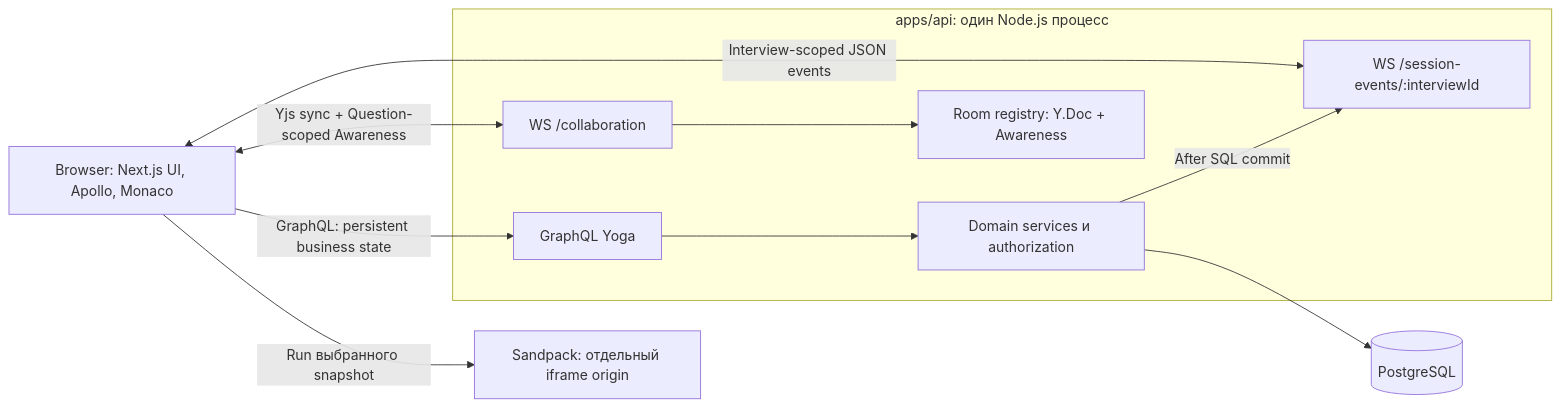
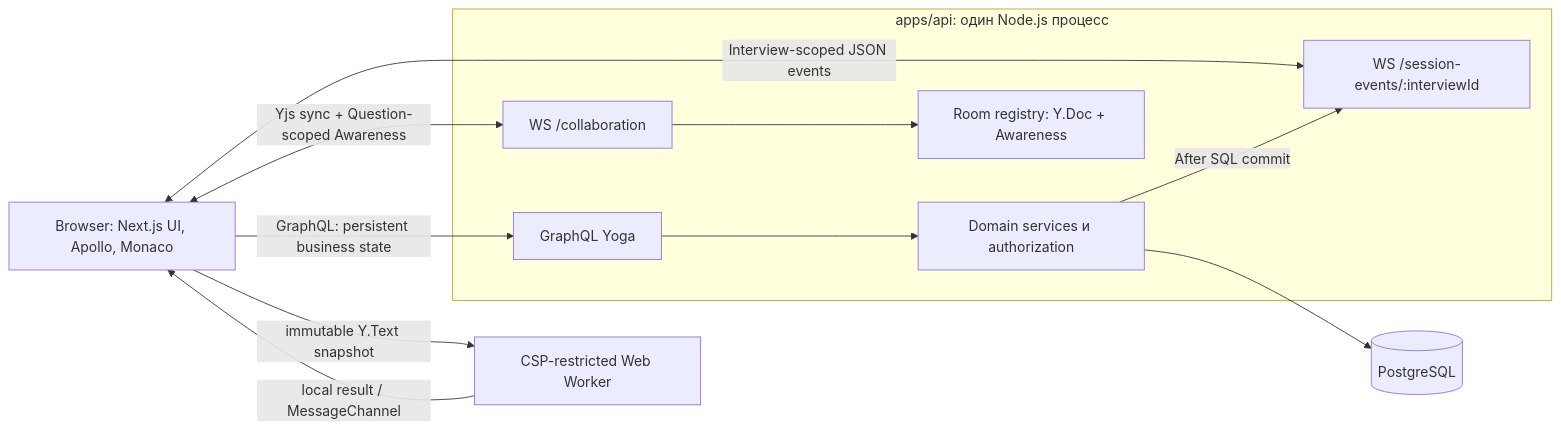
The seventh of 10 diagrams in docs/architecture.md (Milo78k/codemeet), drawn with Mermaid before and after one commit. The commit also changed other lines of this file and 25 other files, not shown here.

````diff
--- a/docs/architecture.md
+++ b/docs/architecture.md
@@ -282,14 +282,15 @@
 ```mermaid
 flowchart LR
   Browser["Browser: Next.js UI, Apollo, Monaco"] -->|"GraphQL: persistent business state"| Yoga
   Browser <-->|"Yjs sync + Question-scoped Awareness"| Collaboration
   Browser <-->|"Interview-scoped JSON events"| Events
-  Browser -->|"Run выбранного snapshot"| Sandbox["Sandpack: отдельный iframe origin"]
+  Browser -->|"immutable Y.Text snapshot"| Sandbox["CSP-restricted Web Worker"]
+  Sandbox -->|"local result / MessageChannel"| Browser
   subgraph API["apps/api: один Node.js процесс"]
     Yoga["GraphQL Yoga"] --> Services["Domain services и authorization"]
     Collaboration["WS /collaboration"] --> Rooms["Room registry: Y.Doc + Awareness"]
     Events["WS /session-events/:interviewId"]
     Services -->|"After SQL commit"| Events
   end
   Services --> DB[(PostgreSQL)]
 ```
````
